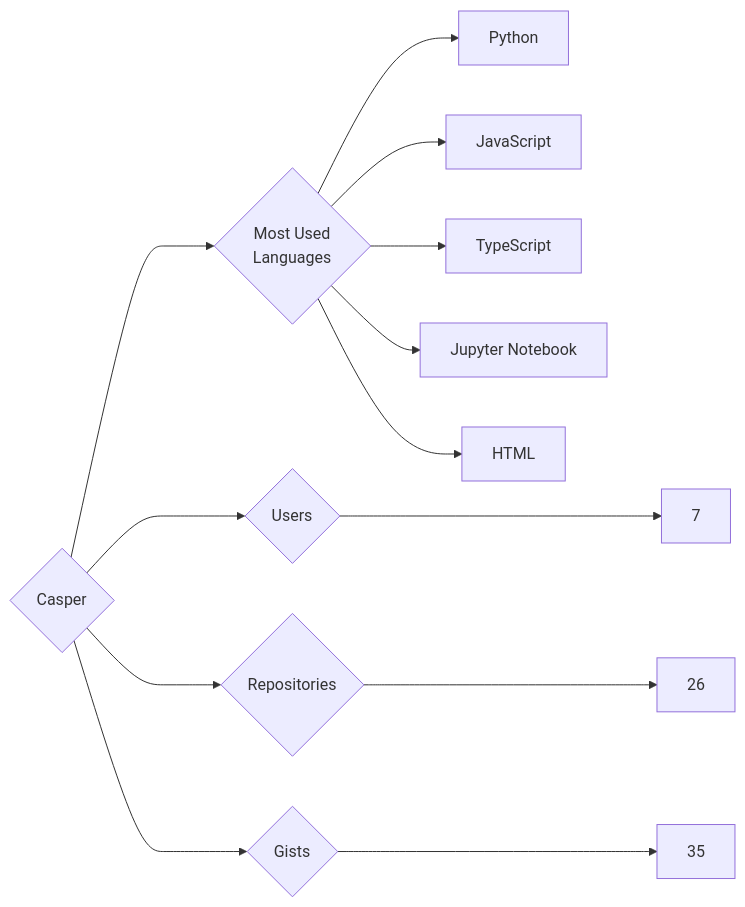
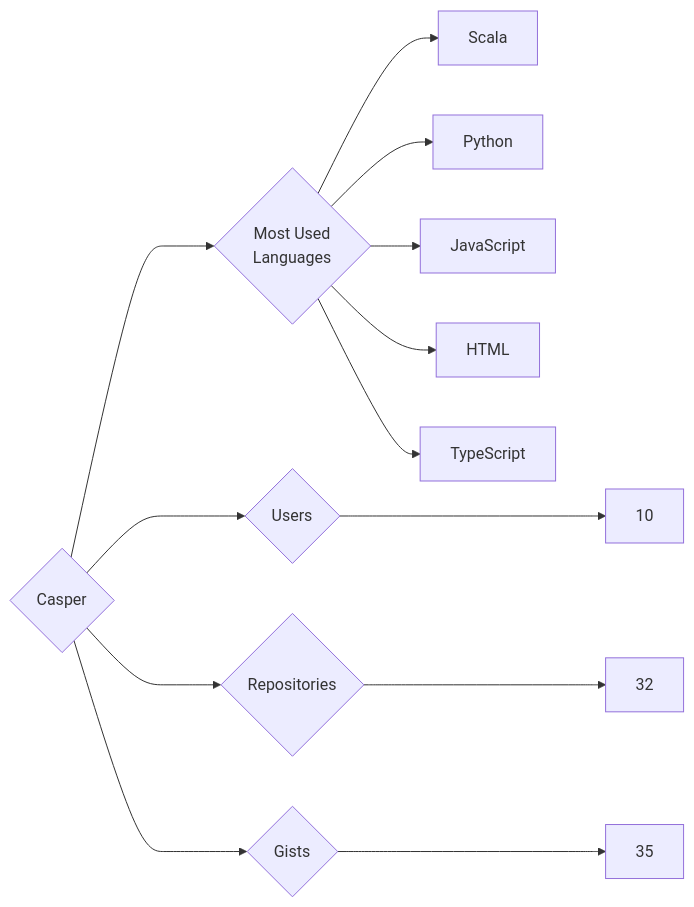
Before and after one commit to trickest/insiders: the diagram in targets/Casper/README.md, drawn with Mermaid. The commit also changed 714 other files, not shown here.

````diff
--- a/targets/Casper/README.md
+++ b/targets/Casper/README.md
@@ -3,13 +3,13 @@
 ```mermaid
 graph LR
 COMPANY_NAME{Casper}
-COMPANY_NAME ---> U{Users} ---> UN[7]
-COMPANY_NAME ---> R{Repositories} ---> RN[26]
+COMPANY_NAME ---> U{Users} ---> UN[10]
+COMPANY_NAME ---> R{Repositories} ---> RN[32]
 COMPANY_NAME ---> G{Gists} ---> GN[35]
 COMPANY_NAME ---> ML{Most Used<br>Languages}
+ML --> Scala[Scala]
 ML --> Python[Python]
 ML --> JavaScript[JavaScript]
+ML --> HTML[HTML]
 ML --> TypeScript[TypeScript]
-ML --> Jupyter_Notebook[Jupyter Notebook]
-ML --> HTML[HTML]
 ```
````
